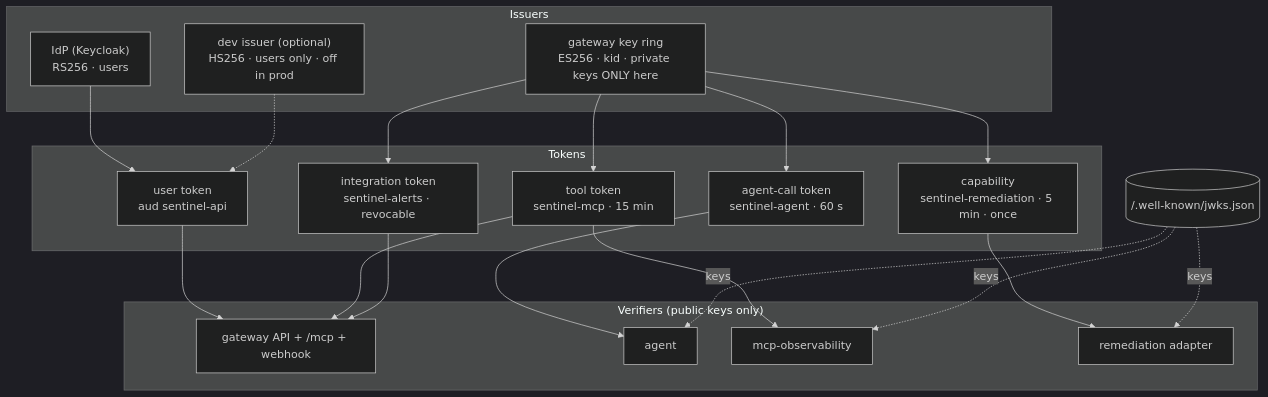
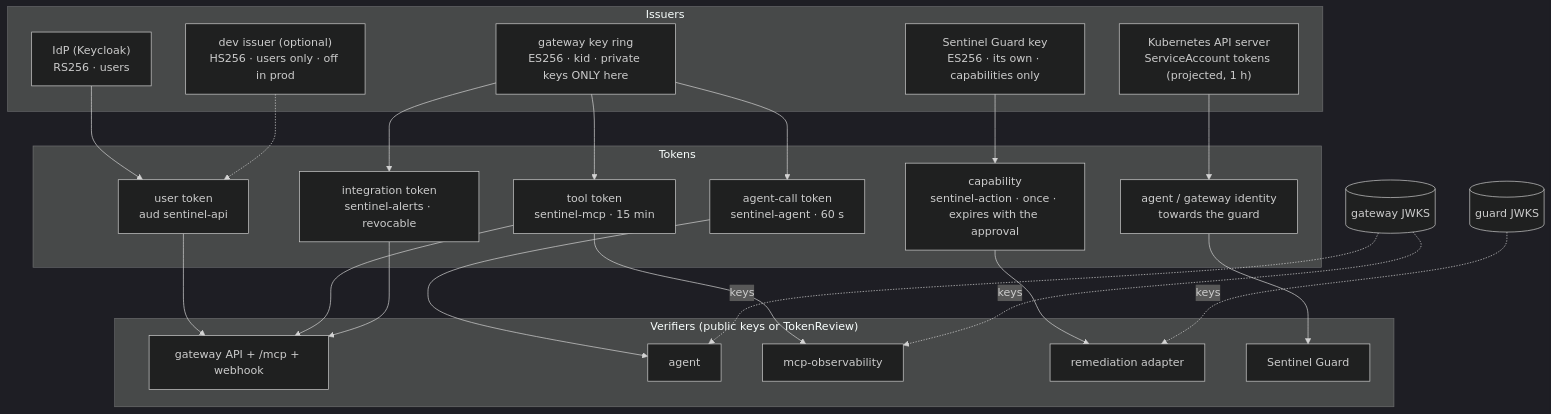
Before and after one commit to abdulmdev/sentinel-incident-copilot: the diagram in docs/handbook/diagrams/10-identity.mmd, drawn with Mermaid (dark theme). The commit also changed 173 other files, not shown here.

First line of the commit message:
The copilot on Sentinel Guard: one approval and capability path

```diff
--- a/docs/handbook/diagrams/10-identity.mmd
+++ b/docs/handbook/diagrams/10-identity.mmd
@@ -1,28 +1,36 @@
 flowchart TB
   subgraph issuers[Issuers]
     IDP["IdP (Keycloak)<br/>RS256 · users"]
     G["gateway key ring<br/>ES256 · kid · private keys ONLY here"]
+    SGK["Sentinel Guard key<br/>ES256 · its own · capabilities only"]
+    K8S["Kubernetes API server<br/>ServiceAccount tokens (projected, 1 h)"]
     DEV["dev issuer (optional)<br/>HS256 · users only · off in prod"]
   end
   subgraph tokens[Tokens]
     U[user token<br/>aud sentinel-api]
     T[tool token<br/>sentinel-mcp · 15 min]
     A[agent-call token<br/>sentinel-agent · 60 s]
-    C[capability<br/>sentinel-remediation · 5 min · once]
+    C[capability<br/>sentinel-action · once · expires with the approval]
     I[integration token<br/>sentinel-alerts · revocable]
+    SA[agent / gateway identity<br/>towards the guard]
   end
-  subgraph verifiers["Verifiers (public keys only)"]
+  subgraph verifiers["Verifiers (public keys or TokenReview)"]
     VG[gateway API + /mcp + webhook]
     VA[agent]
     VO[mcp-observability]
     VR[remediation adapter]
+    VS[Sentinel Guard]
   end
   IDP --> U
   DEV -.-> U
-  G --> T & A & C & I
+  G --> T & A & I
+  SGK --> C
+  K8S --> SA
   U --> VG
   T --> VG & VO
   I --> VG
   A --> VA
   C --> VR
-  J[("/.well-known/jwks.json")] -. keys .-> VA & VO & VR
+  SA --> VS
+  J[("gateway JWKS")] -. keys .-> VA & VO
+  JG[("guard JWKS")] -. keys .-> VR
```
